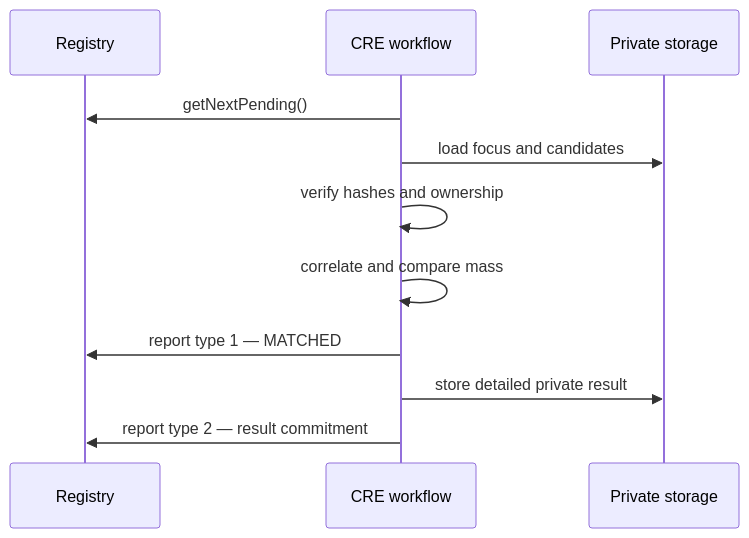
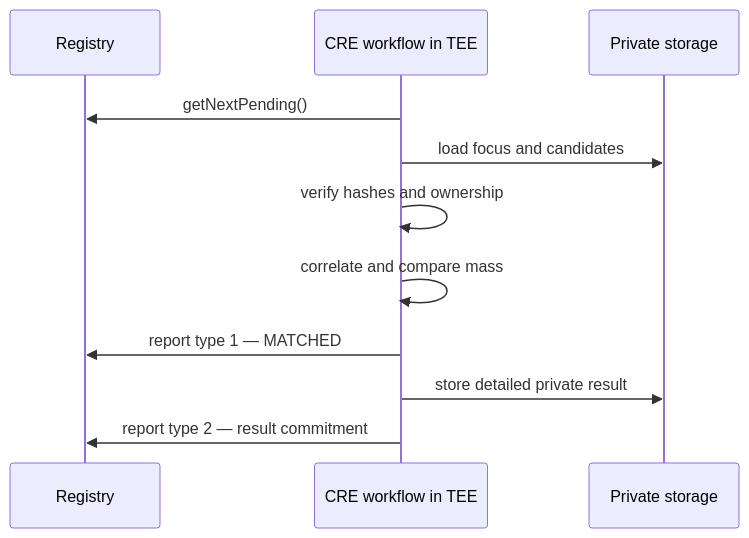
The second of 2 diagrams in README.md (armanfm/ExplorerChem), drawn with Mermaid before and after one commit. The commit also changed other lines of this file, not shown here.

Commit message:
Update README for clarity on Chainlink CRE workflow

````diff
--- a/README.md
+++ b/README.md
@@ -331,13 +331,13 @@
 ```mermaid
 sequenceDiagram
     participant Chain as Registry
-    participant CRE as CRE workflow
+    participant CRE as CRE workflow in TEE
     participant Store as Private storage
     CRE->>Chain: getNextPending()
     CRE->>Store: load focus and candidates
     CRE->>CRE: verify hashes and ownership
     CRE->>CRE: correlate and compare mass
     CRE->>Chain: report type 1 — MATCHED
     CRE->>Store: store detailed private result
     CRE->>Chain: report type 2 — result commitment
 ```
````
